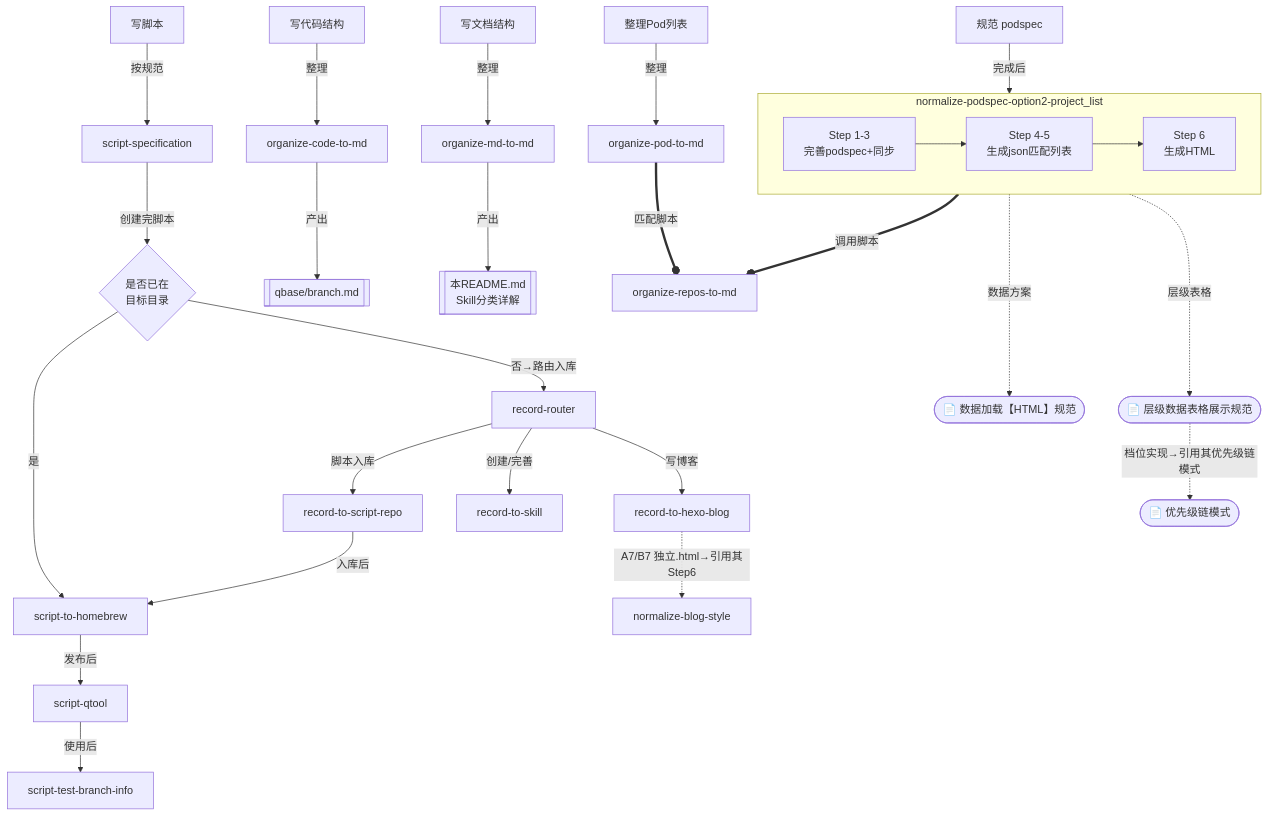
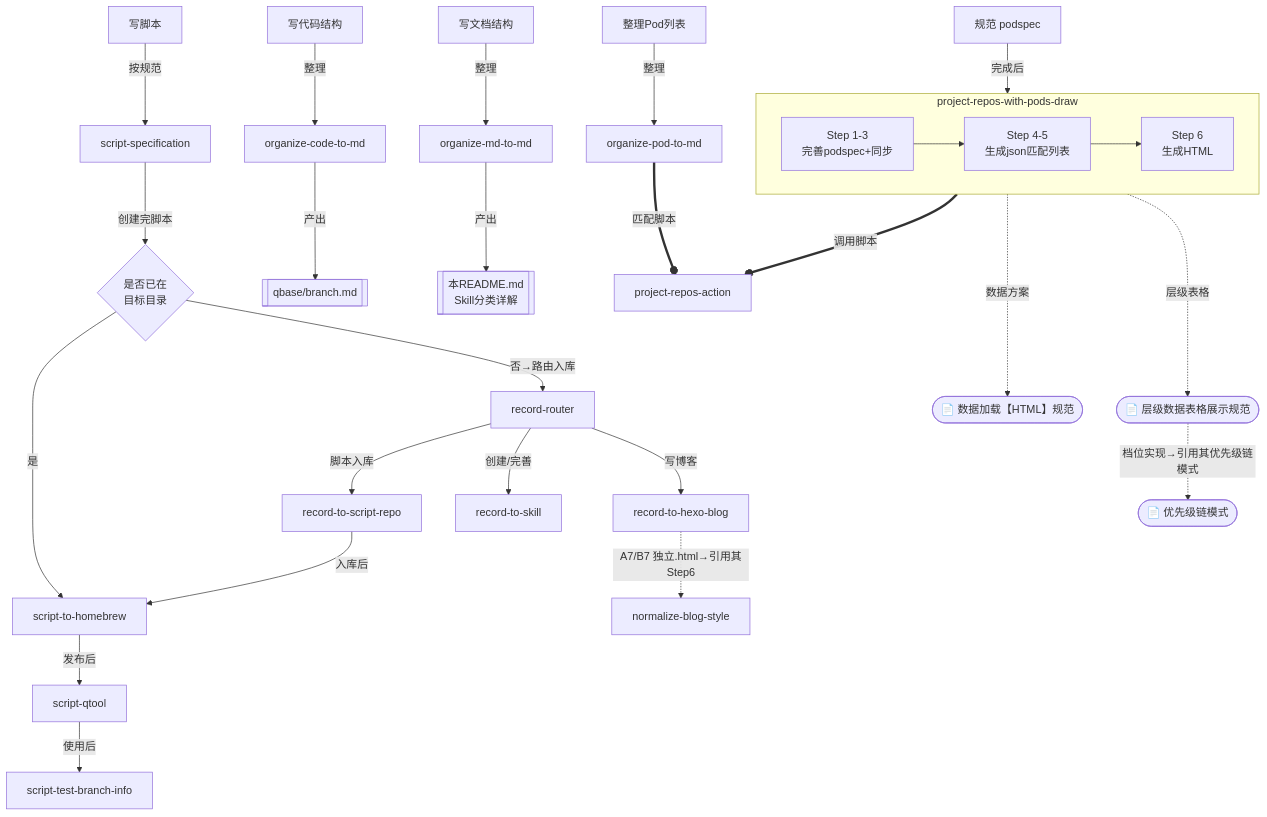
Before and after one commit to dvlproad/AI-qskills: the fifth of 5 diagrams in README.md, drawn with Mermaid. The commit also changed other lines of this file and 14 other files, not shown here.

Commit message:
organize-repos-to-md					→ project-repos-action pod-action							→ project-pods-action normalize-podspec-option2-project_list	→ project-repos-with-pods-draw

````diff
--- a/README.md
+++ b/README.md
@@ -194,36 +194,36 @@
 ```mermaid
 flowchart TD
     RR[record-router] -->|脚本入库| RSR[record-to-script-repo]
     RR -->|创建/完善| RS[record-to-skill]
     RR -->|写博客| RH[record-to-hexo-blog]
 
     RH -.->|A7/B7 独立.html→引用其Step6| NB[normalize-blog-style]
     HTH([📄 层级数据表格展示规范]) -.->|档位实现→引用其优先级链模式| PC([📄 优先级链模式])
 
     WRITE[写脚本] -->|按规范| SP[script-specification]
     SP -->|创建完脚本| CHECK{是否已在<br/>目标目录}
     CHECK -->|是| SH[script-to-homebrew]
     CHECK -->|否→路由入库| RR
     RSR -->|入库后| SH
     SH -->|发布后| SQ[script-qtool]
     SQ -->|使用后| ST[script-test-branch-info]
 
     WRITE_CODE[写代码结构] -->|整理| OCM[organize-code-to-md]
     OCM -->|产出| BRANCH_MD[[qbase/branch.md]]
     WRITE_MD[写文档结构] -->|整理| OMD[organize-md-to-md]
     OMD -->|产出| README_SKILL[[本README.md<br/>Skill分类详解]]
 
     NORMALIZE_POD[规范 podspec] -->|完成后| S13
     
-    subgraph NP_SKILL["normalize-podspec-option2-project_list"]
+    subgraph NP_SKILL["project-repos-with-pods-draw"]
         direction LR
         S13[Step 1-3\n完善podspec+同步] --> S45[Step 4-5\n生成json匹配列表]
         S45 --> S6[Step 6\n生成HTML]
     end
 
-    S45 ==o|调用脚本| OR[organize-repos-to-md]
+    S45 ==o|调用脚本| OR[project-repos-action]
     S6 -..->|数据方案| HL([📄 数据加载【HTML】规范])
     S6 -..->|层级表格| HTH([📄 层级数据表格展示规范])
     POD_LIST[整理Pod列表] -->|整理| OP[organize-pod-to-md]
     OP ==o|匹配脚本| OR
 ```
````
